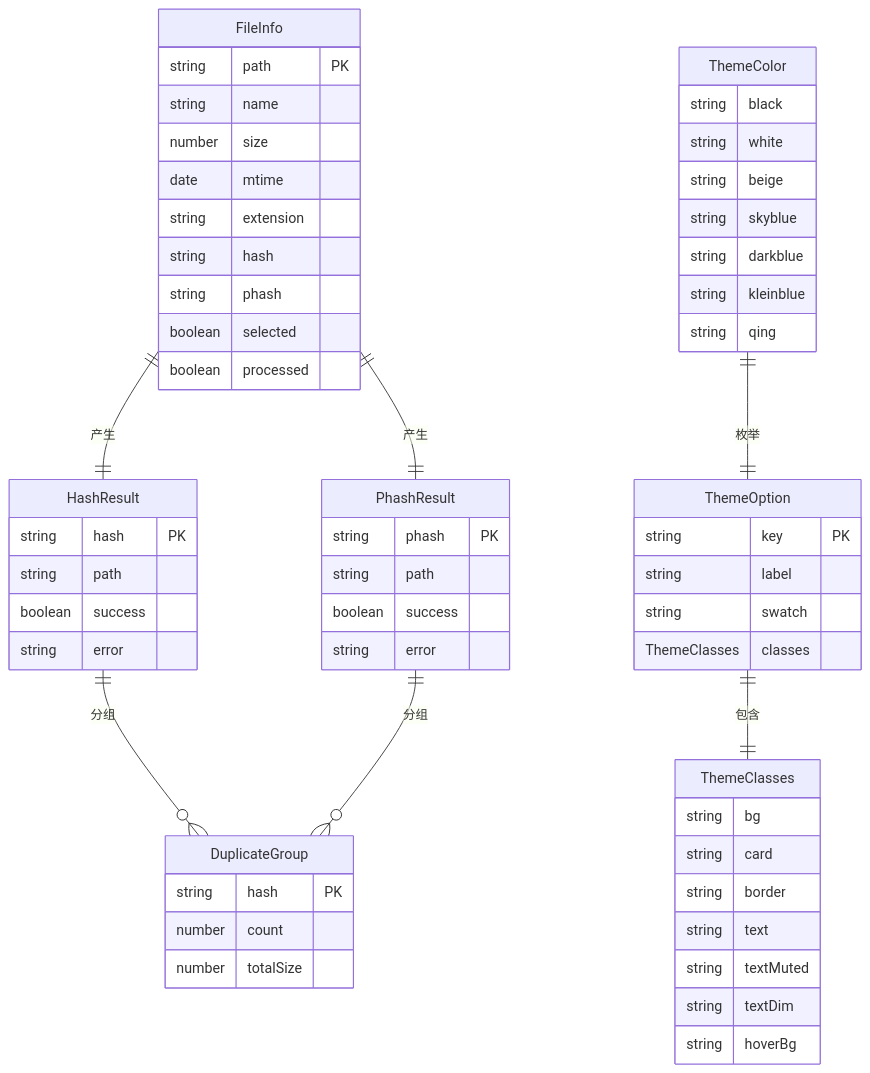
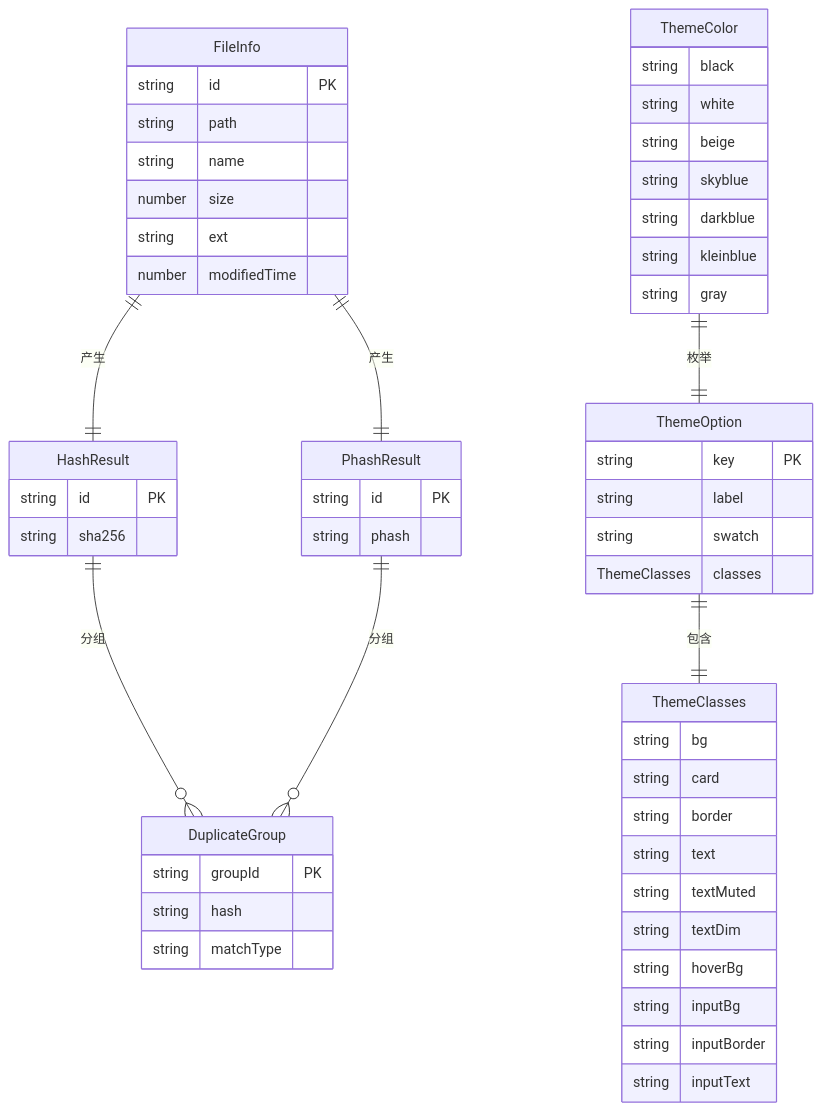
One commit to remgasuki/ReDoPhoto changed the sixth of 10 diagrams in .qoder/repowiki/zh/content/API参考手册/类型定义参考.md. Above: the diagram before and after it, drawn with Mermaid. The commit also changed other lines of this file and 39 other files, not shown here.

````diff
--- a/.qoder/repowiki/zh/content/API参考手册/类型定义参考.md
+++ b/.qoder/repowiki/zh/content/API参考手册/类型定义参考.md
@@ -260,61 +239,57 @@
 ```mermaid
 erDiagram
 FileInfo {
-string path PK
+string id PK
+string path
 string name
 number size
-date mtime
-string extension
-string hash
-string phash
-boolean selected
-boolean processed
+string ext
+number modifiedTime
 }
 HashResult {
-string hash PK
-string path
-boolean success
-string error
+string id PK
+string sha256
 }
 PhashResult {
-string phash PK
-string path
-boolean success
-string error
+string id PK
+string phash
 }
 DuplicateGroup {
-string hash PK
-number count
-number totalSize
+string groupId PK
+string hash
+string matchType
 }
 ThemeOption {
 string key PK
 string label
 string swatch
 ThemeClasses classes
 }
 ThemeClasses {
 string bg
 string card
 string border
 string text
 string textMuted
 string textDim
 string hoverBg
+string inputBg
+string inputBorder
+string inputText
 }
 ThemeColor {
 string black
 string white
 string beige
 string skyblue
 string darkblue
 string kleinblue
-string qing
+string gray
 }
 FileInfo ||--|| HashResult : "产生"
 FileInfo ||--|| PhashResult : "产生"
 HashResult ||--o{ DuplicateGroup : "分组"
 PhashResult ||--o{ DuplicateGroup : "分组"
 ThemeOption ||--|| ThemeClasses : "包含"
 ThemeColor ||--|| ThemeOption : "枚举"
 ```
````
